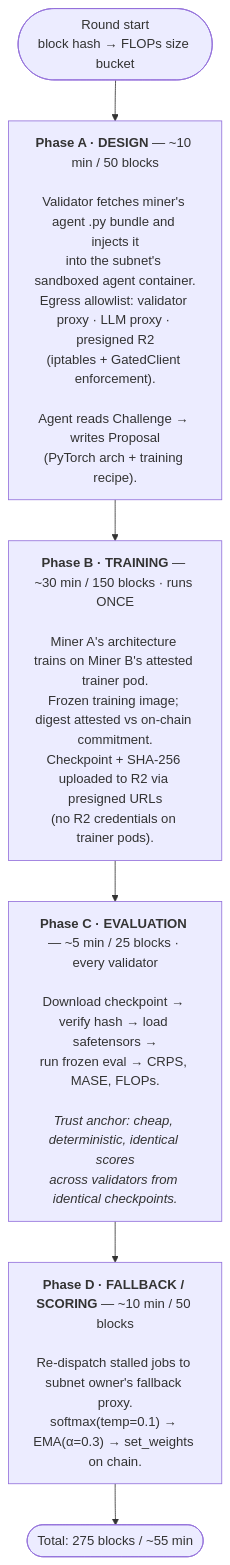
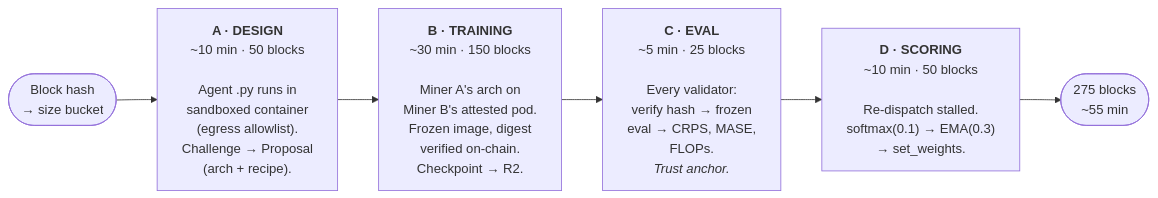
Before and after one commit to TensorLink-AI/radar: the diagram in README.md, drawn with Mermaid.

Commit message:
Compact How It Works mermaid chart
Switch to left-to-right layout and trim each phase node to essentials
so the diagram fits a typical README viewport instead of scrolling.

````diff
--- a/README.md
+++ b/README.md
@@ -43,13 +43,11 @@
 ```mermaid
-flowchart TD
-    Start([Round start<br/>block hash → FLOPs size bucket])
-    Start --> A
-    A["<b>Phase A · DESIGN</b> — ~10 min / 50 blocks<br/><br/>Validator fetches miner's agent .py bundle and injects it<br/>into the subnet's sandboxed agent container.<br/>Egress allowlist: validator proxy · LLM proxy · presigned R2<br/>(iptables + GatedClient enforcement).<br/><br/>Agent reads Challenge → writes Proposal<br/>(PyTorch arch + training recipe)."]
-    A --> B
-    B["<b>Phase B · TRAINING</b> — ~30 min / 150 blocks · runs ONCE<br/><br/>Miner A's architecture trains on Miner B's attested trainer pod.<br/>Frozen training image; digest attested vs on-chain commitment.<br/>Checkpoint + SHA-256 uploaded to R2 via presigned URLs<br/>(no R2 credentials on trainer pods)."]
-    B --> C
-    C["<b>Phase C · EVALUATION</b> — ~5 min / 25 blocks · every validator<br/><br/>Download checkpoint → verify hash → load safetensors →<br/>run frozen eval → CRPS, MASE, FLOPs.<br/><br/><i>Trust anchor: cheap, deterministic, identical scores<br/>across validators from identical checkpoints.</i>"]
-    C --> D
-    D["<b>Phase D · FALLBACK / SCORING</b> — ~10 min / 50 blocks<br/><br/>Re-dispatch stalled jobs to subnet owner's fallback proxy.<br/>softmax(temp=0.1) → EMA(α=0.3) → set_weights on chain."]
-    D --> End([Total: 275 blocks / ~55 min])
+flowchart LR
+    Start([Block hash<br/>→ size bucket])
+    A["<b>A · DESIGN</b><br/>~10 min · 50 blocks<br/><br/>Agent .py runs in<br/>sandboxed container<br/>(egress allowlist).<br/>Challenge → Proposal<br/>(arch + recipe)."]
+    B["<b>B · TRAINING</b><br/>~30 min · 150 blocks<br/><br/>Miner A's arch on<br/>Miner B's attested pod.<br/>Frozen image, digest<br/>verified on-chain.<br/>Checkpoint → R2."]
+    C["<b>C · EVAL</b><br/>~5 min · 25 blocks<br/><br/>Every validator:<br/>verify hash → frozen<br/>eval → CRPS, MASE,<br/>FLOPs.<br/><i>Trust anchor.</i>"]
+    D["<b>D · SCORING</b><br/>~10 min · 50 blocks<br/><br/>Re-dispatch stalled.<br/>softmax(0.1) → EMA(0.3)<br/>→ set_weights."]
+    End([275 blocks<br/>~55 min])
+
+    Start --> A --> B --> C --> D --> End
 ```
````
